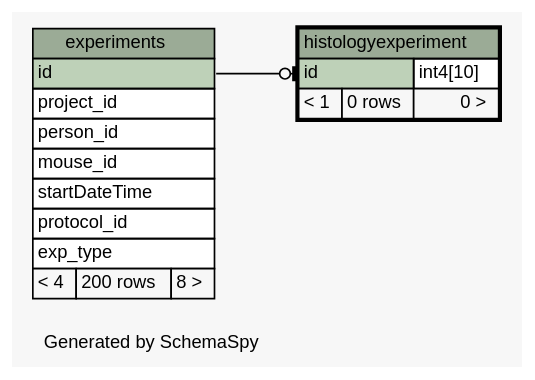
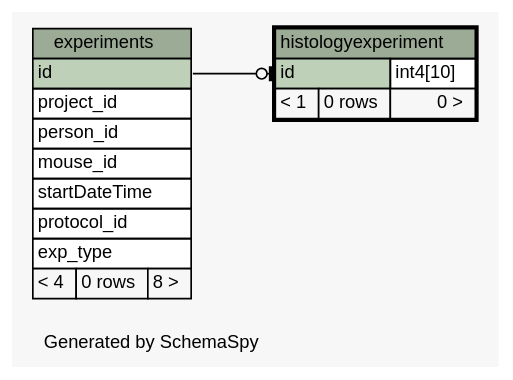
One commit to tgbugs/mlab changed the diagram in database/ss/diagrams/histologyexperiment.1degree.dot. Above: the diagram before and after it, drawn with Graphviz. The commit also changed 227 other files, not shown here.

```diff
--- a/database/ss/diagrams/histologyexperiment.1degree.dot
+++ b/database/ss/diagrams/histologyexperiment.1degree.dot
@@ -1,49 +1,49 @@
 // dot 2.32.0 on Windows 7 6.1
 // SchemaSpy rev 590
 digraph "oneDegreeRelationshipsDiagram" {
   graph [
     rankdir="RL"
     bgcolor="#f7f7f7"
     label="\nGenerated by SchemaSpy"
     labeljust="l"
     nodesep="0.18"
     ranksep="0.46"
     fontname="Helvetica"
     fontsize="11"
   ];
   node [
     fontname="Helvetica"
     fontsize="11"
     shape="plaintext"
   ];
   edge [
     arrowsize="0.8"
   ];
   "histologyexperiment":"id":w -> "experiments":"id":e [arrowhead=none dir=back arrowtail=teeodot];
   "experiments" [
     label=<
     <TABLE BORDER="0" CELLBORDER="1" CELLSPACING="0" BGCOLOR="#ffffff">
       <TR><TD COLSPAN="3" BGCOLOR="#9bab96" ALIGN="CENTER">experiments</TD></TR>
       <TR><TD PORT="id" COLSPAN="3" BGCOLOR="#bed1b8" ALIGN="LEFT">id</TD></TR>
       <TR><TD PORT="project_id" COLSPAN="3" ALIGN="LEFT">project_id</TD></TR>
       <TR><TD PORT="person_id" COLSPAN="3" ALIGN="LEFT">person_id</TD></TR>
       <TR><TD PORT="mouse_id" COLSPAN="3" ALIGN="LEFT">mouse_id</TD></TR>
       <TR><TD PORT="startDateTime" COLSPAN="3" ALIGN="LEFT">startDateTime</TD></TR>
       <TR><TD PORT="protocol_id" COLSPAN="3" ALIGN="LEFT">protocol_id</TD></TR>
       <TR><TD PORT="exp_type" COLSPAN="3" ALIGN="LEFT">exp_type</TD></TR>
-      <TR><TD ALIGN="LEFT" BGCOLOR="#f7f7f7">&lt; 4</TD><TD ALIGN="RIGHT" BGCOLOR="#f7f7f7">200 rows</TD><TD ALIGN="RIGHT" BGCOLOR="#f7f7f7">8 &gt;</TD></TR>
+      <TR><TD ALIGN="LEFT" BGCOLOR="#f7f7f7">&lt; 4</TD><TD ALIGN="RIGHT" BGCOLOR="#f7f7f7">0 rows</TD><TD ALIGN="RIGHT" BGCOLOR="#f7f7f7">8 &gt;</TD></TR>
     </TABLE>>
     URL="experiments.html"
     tooltip="experiments"
   ];
   "histologyexperiment" [
     label=<
     <TABLE BORDER="2" CELLBORDER="1" CELLSPACING="0" BGCOLOR="#ffffff">
       <TR><TD COLSPAN="3" BGCOLOR="#9bab96" ALIGN="CENTER">histologyexperiment</TD></TR>
       <TR><TD PORT="id" COLSPAN="2" BGCOLOR="#bed1b8" ALIGN="LEFT">id</TD><TD PORT="id.type" ALIGN="LEFT">int4[10]</TD></TR>
       <TR><TD ALIGN="LEFT" BGCOLOR="#f7f7f7">&lt; 1</TD><TD ALIGN="RIGHT" BGCOLOR="#f7f7f7">0 rows</TD><TD ALIGN="RIGHT" BGCOLOR="#f7f7f7">0 &gt;</TD></TR>
     </TABLE>>
     URL="histologyexperiment.html"
     tooltip="histologyexperiment"
   ];
 }
```
